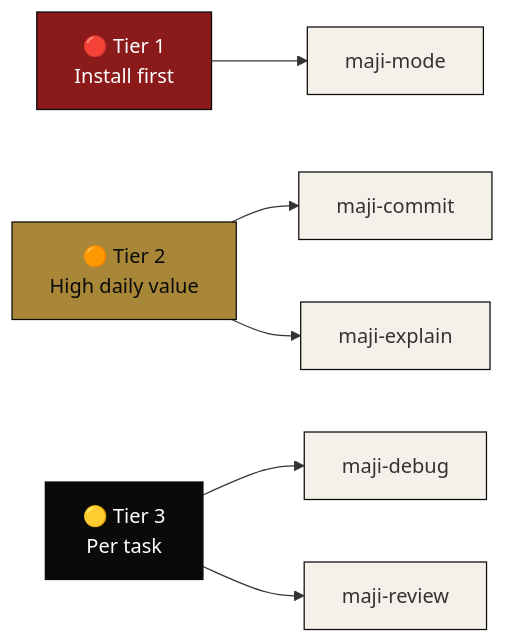
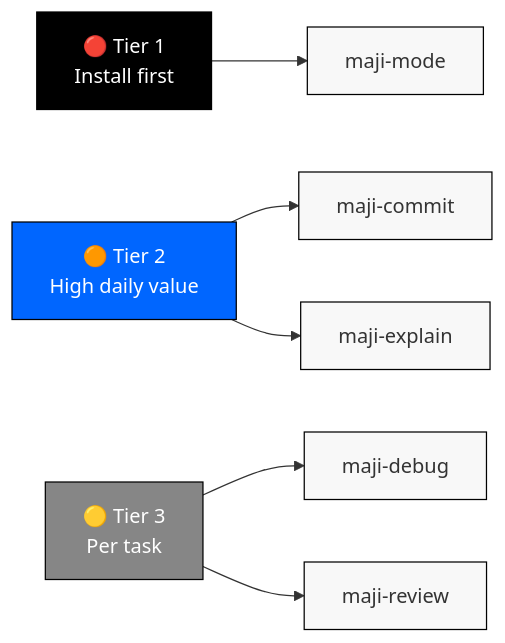
Before and after one commit to Ijam18/MAJI-Skills: the first of 6 diagrams in README.md, drawn with Mermaid. The commit also changed other lines of this file and 6 other files, not shown here.

````diff
--- a/README.md
+++ b/README.md
@@ -69,17 +70,17 @@
 ```mermaid
 flowchart LR
     T1[🔴 Tier 1<br/>Install first] --> M[maji-mode]
     T2[🟠 Tier 2<br/>High daily value] --> C[maji-commit]
     T2 --> E[maji-explain]
     T3[🟡 Tier 3<br/>Per task] --> D[maji-debug]
     T3 --> R[maji-review]
 
-    style T1 fill:#8B1A1A,stroke:#0A0A0A,color:#FFFFFF
-    style T2 fill:#A88838,stroke:#0A0A0A,color:#0A0A0A
-    style T3 fill:#0A0A0A,stroke:#0A0A0A,color:#FFFFFF
-    style M fill:#F5F1EA,stroke:#0A0A0A
-    style C fill:#F5F1EA,stroke:#0A0A0A
-    style E fill:#F5F1EA,stroke:#0A0A0A
-    style D fill:#F5F1EA,stroke:#0A0A0A
-    style R fill:#F5F1EA,stroke:#0A0A0A
+    style T1 fill:#000000,stroke:#000000,color:#FFFFFF
+    style T2 fill:#0066FF,stroke:#000000,color:#FFFFFF
+    style T3 fill:#868686,stroke:#000000,color:#FFFFFF
+    style M fill:#F8F8F8,stroke:#000000
+    style C fill:#F8F8F8,stroke:#000000
+    style E fill:#F8F8F8,stroke:#000000
+    style D fill:#F8F8F8,stroke:#000000
+    style R fill:#F8F8F8,stroke:#000000
 ```
````
